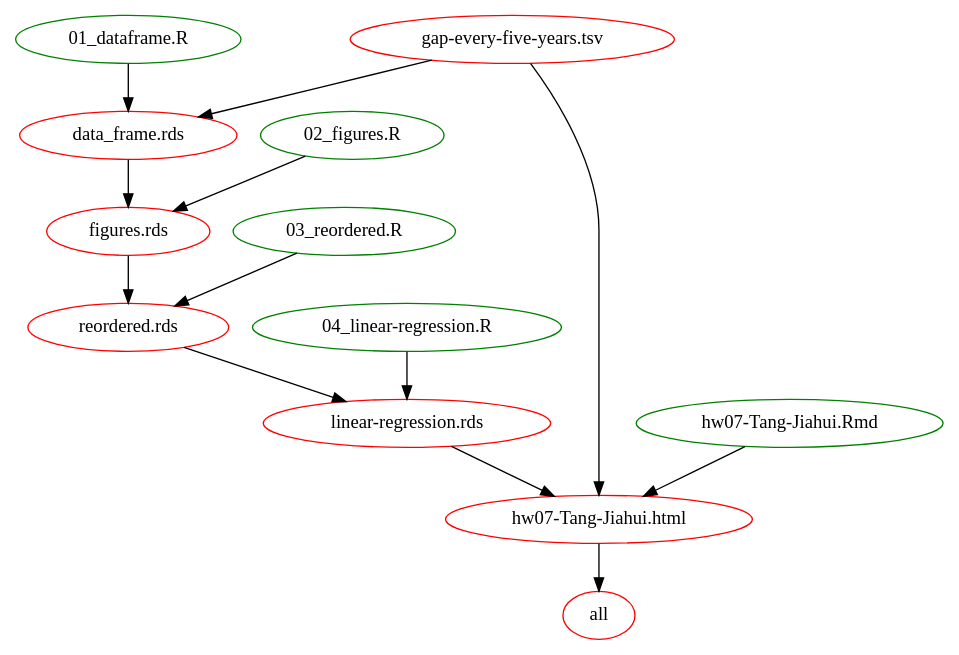
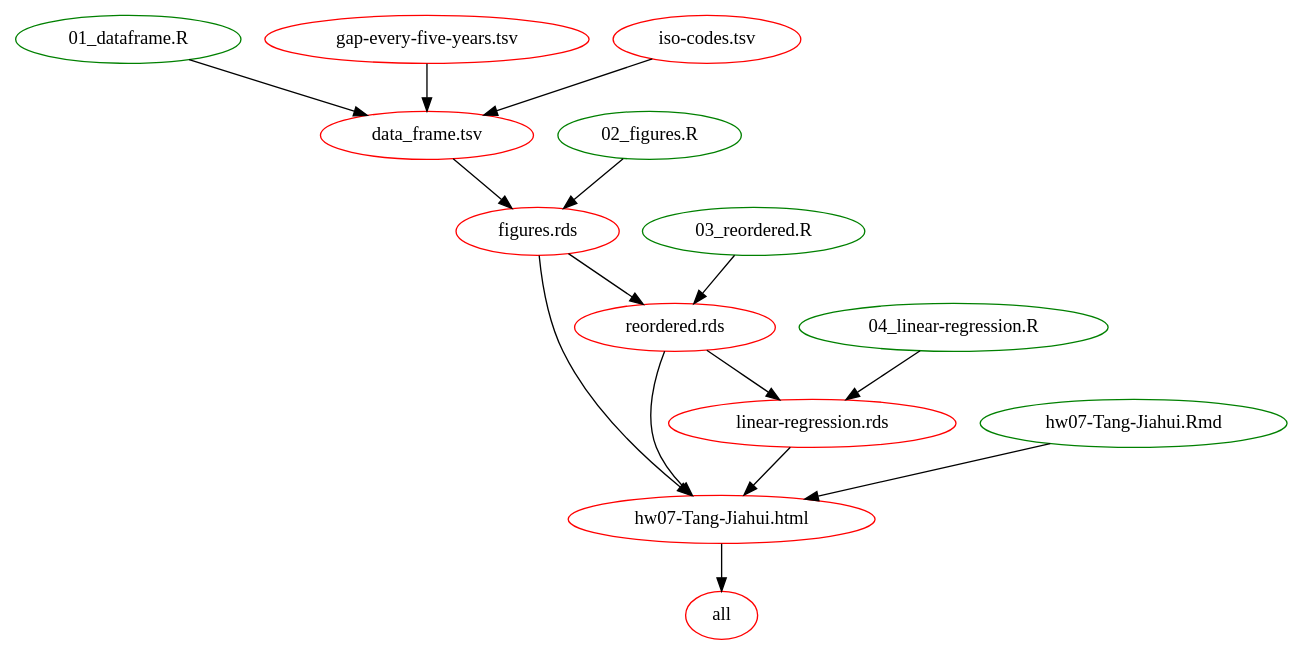
The diagram in hw07/output.dot (Tangjiahui26/DataAnalysisWithR), drawn with Graphviz before and after one commit. The commit also changed 7 other files, not shown here.

```diff
--- a/hw07/output.dot
+++ b/hw07/output.dot
@@ -1,26 +1,29 @@
 digraph G {
-n12[label="01_dataframe.R", color="green"];
-n10[label="02_figures.R", color="green"];
-n8[label="03_reordered.R", color="green"];
-n6[label="04_linear-regression.R", color="green"];
+n8[label="01_dataframe.R", color="green"];
+n6[label="02_figures.R", color="green"];
+n12[label="03_reordered.R", color="green"];
+n14[label="04_linear-regression.R", color="green"];
 n2[label="all", color="red"];
-n11[label="data_frame.rds", color="red"];
-n9[label="figures.rds", color="red"];
-n13[label="gap-every-five-years.tsv", color="red"];
+n7[label="data_frame.tsv", color="red"];
+n5[label="figures.rds", color="red"];
+n9[label="gap-every-five-years.tsv", color="red"];
 n4[label="hw07-Tang-Jiahui.Rmd", color="green"];
 n3[label="hw07-Tang-Jiahui.html", color="red"];
-n5[label="linear-regression.rds", color="red"];
-n7[label="reordered.rds", color="red"];
+n10[label="iso-codes.tsv", color="red"];
+n13[label="linear-regression.rds", color="red"];
+n11[label="reordered.rds", color="red"];
 n3 -> n2 ; 
-n12 -> n11 ; 
-n13 -> n11 ; 
-n10 -> n9 ; 
-n11 -> n9 ; 
-n13 -> n3 ; 
-n4 -> n3 ; 
-n5 -> n3 ; 
+n8 -> n7 ; 
+n9 -> n7 ; 
+n10 -> n7 ; 
 n6 -> n5 ; 
 n7 -> n5 ; 
-n8 -> n7 ; 
-n9 -> n7 ; 
+n5 -> n3 ; 
+n4 -> n3 ; 
+n13 -> n3 ; 
+n11 -> n3 ; 
+n14 -> n13 ; 
+n11 -> n13 ; 
+n12 -> n11 ; 
+n5 -> n11 ; 
 }
```
